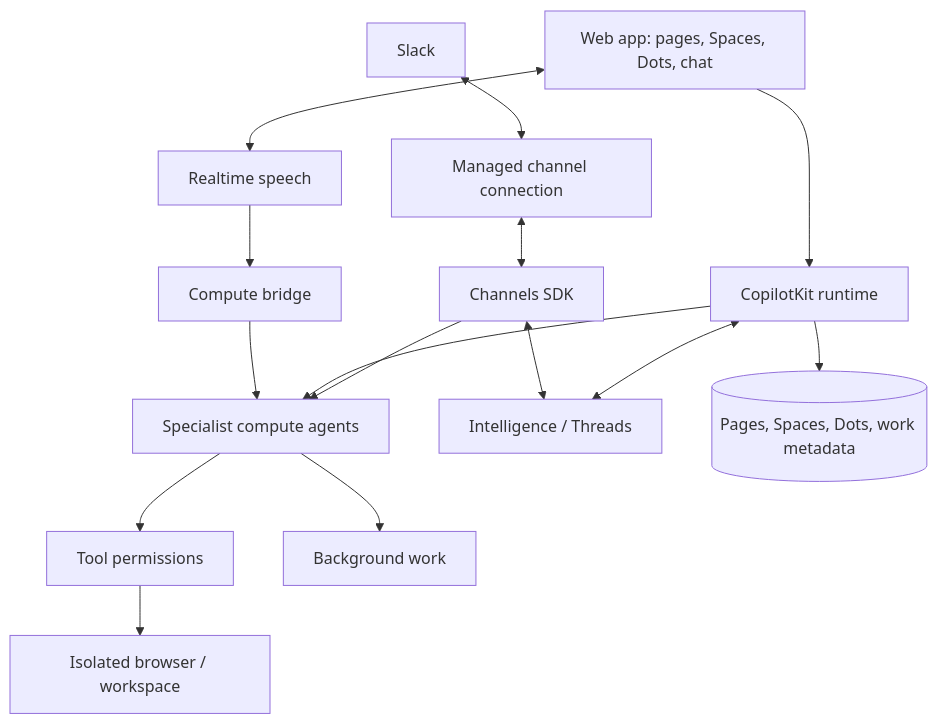
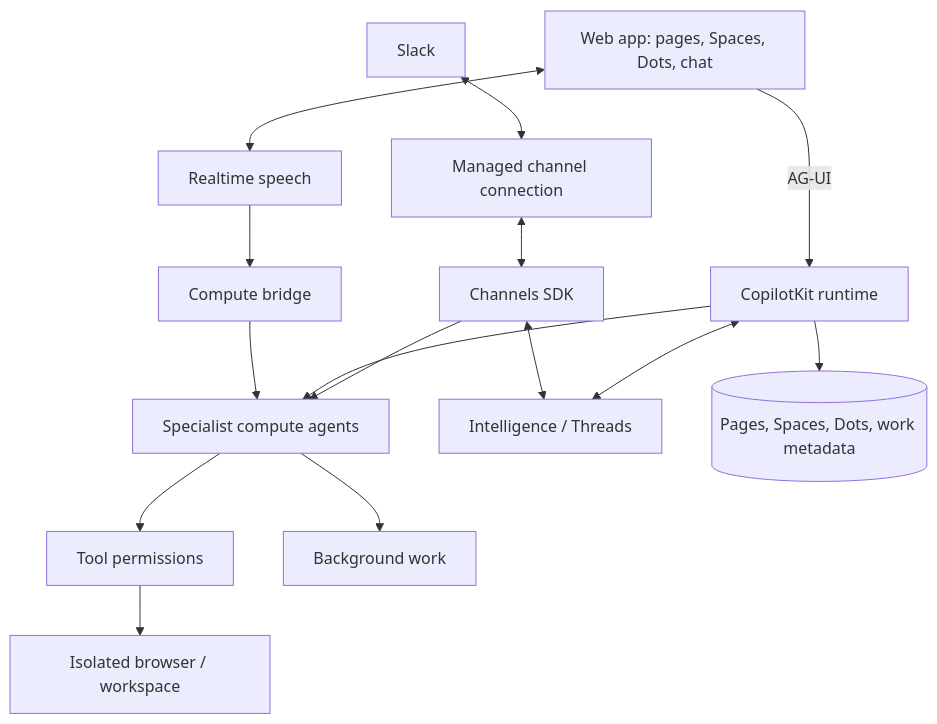
The diagram in README.md (Alif0x1/opendots-codex-fork-archive), drawn with Mermaid before and after one commit. The commit also changed other lines of this file and 4 other files, not shown here.

````diff
--- a/README.md
+++ b/README.md
@@ -73,17 +79,17 @@
 ```mermaid
 flowchart TB
-  Web["Web app: pages, Spaces, Dots, chat"] --> Runtime[CopilotKit runtime]
+  Web["Web app: pages, Spaces, Dots, chat"] -->|AG-UI| Runtime[CopilotKit runtime]
   Slack[Slack] <--> Managed[Managed channel connection]
   Managed <--> Channels[Channels SDK]
   Channels --> Agents[Specialist compute agents]
   Runtime --> Agents
   Runtime <--> Intelligence["Intelligence / Threads"]
   Channels <--> Intelligence
   Web <--> Speech[Realtime speech]
   Speech --> Bridge[Compute bridge]
   Bridge --> Agents
   Agents --> Controls[Tool permissions]
   Controls --> Computer[Isolated browser / workspace]
   Agents --> Jobs[Background work]
   Runtime --> Metadata[(Pages, Spaces, Dots, work metadata)]
 ```
````
